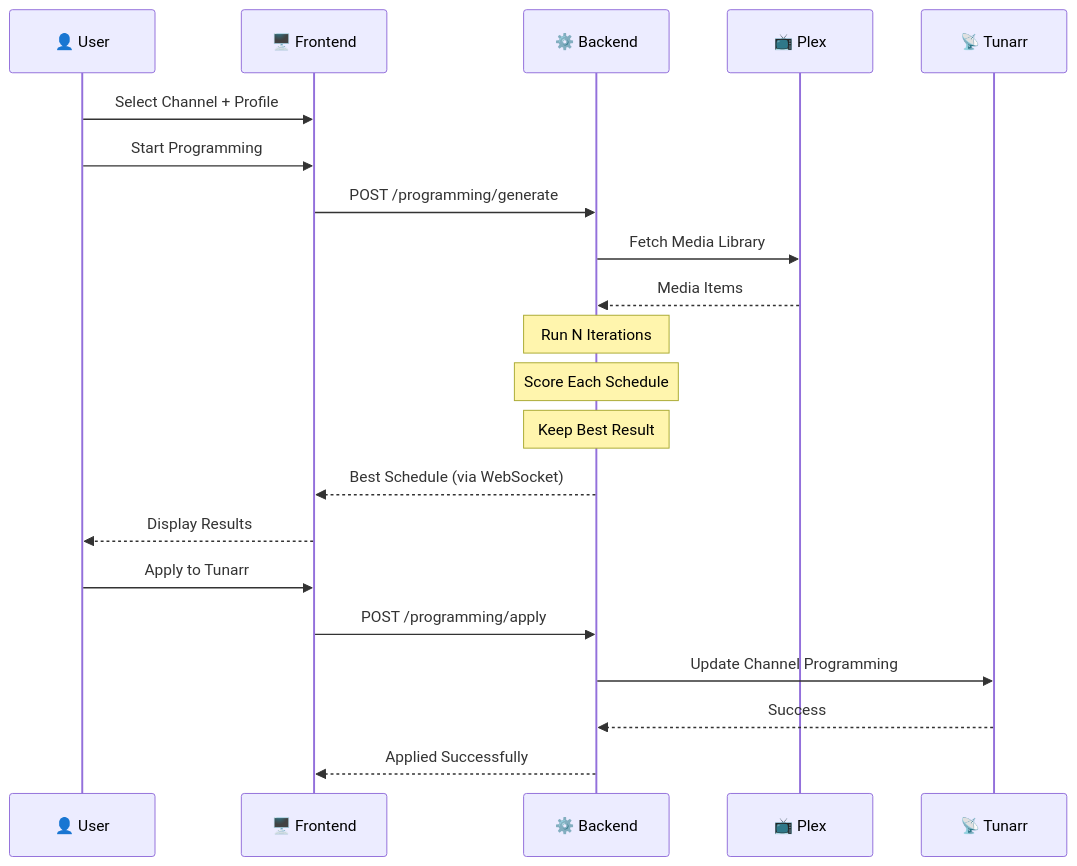
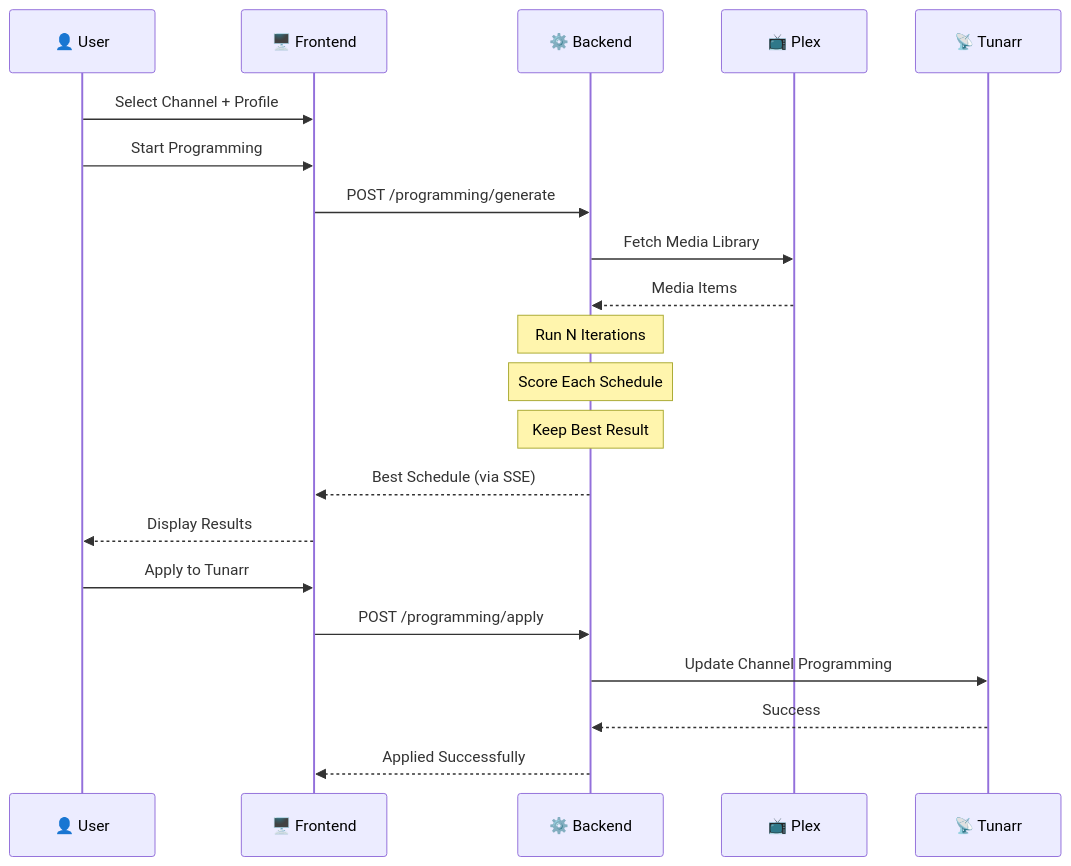
Before and after one commit to sharkhunterr/smartunarr: the second of 2 diagrams in README.md, drawn with Mermaid. The commit also changed other lines of this file and 10 other files, not shown here.

First line of the commit message:
refactor: Replace WebSocket with SSE, add banner to README

````diff
--- a/README.md
+++ b/README.md
@@ -289,28 +289,28 @@
 ```mermaid
 sequenceDiagram
     participant User as 👤 User
     participant UI as 🖥️ Frontend
     participant API as ⚙️ Backend
     participant Plex as 📺 Plex
     participant Tunarr as 📡 Tunarr
 
     User->>UI: Select Channel + Profile
     User->>UI: Start Programming
     UI->>API: POST /programming/generate
 
     API->>Plex: Fetch Media Library
     Plex-->>API: Media Items
 
     Note over API: Run N Iterations
     Note over API: Score Each Schedule
     Note over API: Keep Best Result
 
-    API-->>UI: Best Schedule (via WebSocket)
+    API-->>UI: Best Schedule (via SSE)
     UI-->>User: Display Results
 
     User->>UI: Apply to Tunarr
     UI->>API: POST /programming/apply
     API->>Tunarr: Update Channel Programming
     Tunarr-->>API: Success
     API-->>UI: Applied Successfully
 ```
````
